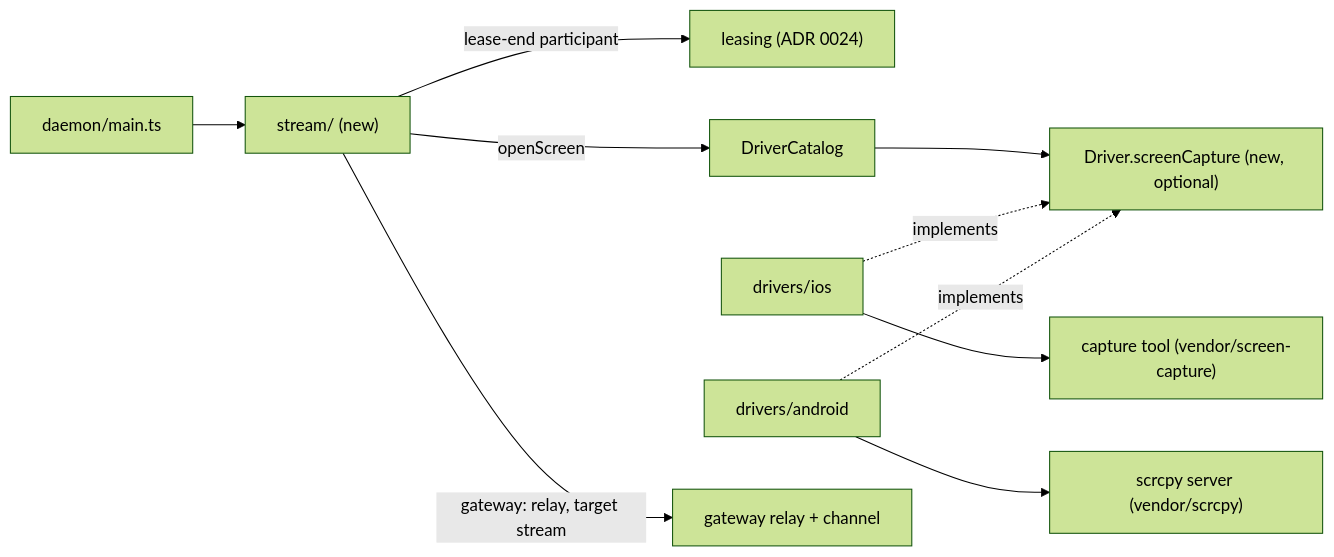
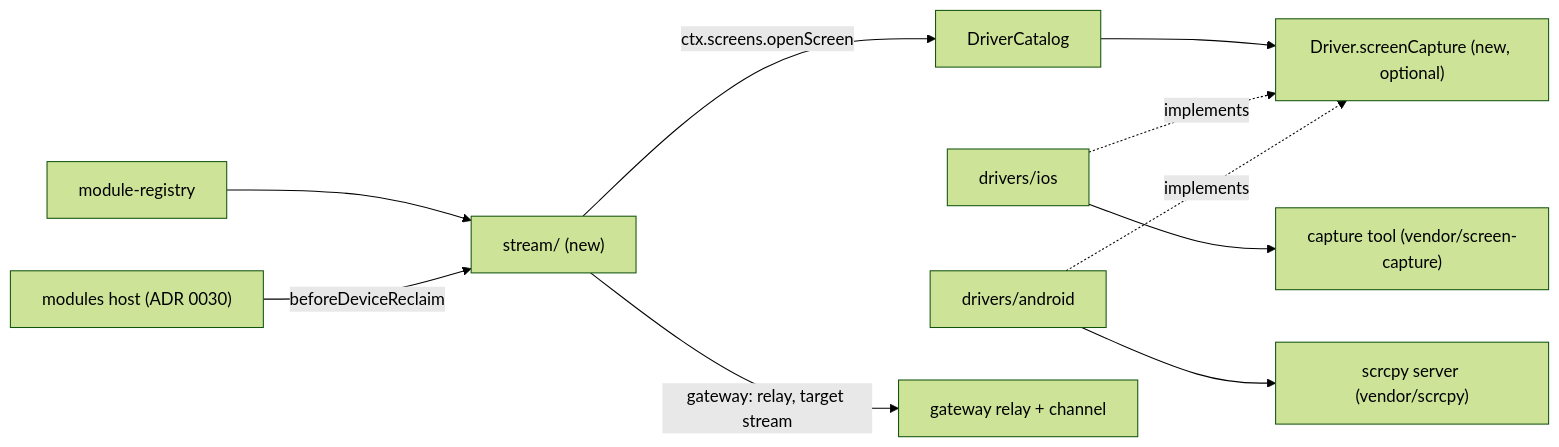
One commit to callstackincubator/simlock changed the first of 3 diagrams in docs/internal/adr/0031-a-screen-stream-is-an-optional-module-and-a-driver-films-the-device.md. Above: the diagram before and after it, drawn with Mermaid (forest theme). The commit also changed other lines of this file, not shown here.

Commit message:
docs(adr): 0031 moves the stream onto ADR 0030's module contract

````diff
--- a/docs/internal/adr/0031-a-screen-stream-is-an-optional-module-and-a-driver-films-the-device.md
+++ b/docs/internal/adr/0031-a-screen-stream-is-an-optional-module-and-a-driver-films-the-device.md
@@ -53,12 +56,12 @@
 ```mermaid
 flowchart LR
-  MAIN["daemon/main.ts"] --> ST["stream/ (new)"]
-  ST -->|"lease-end participant"| L["leasing (ADR 0024)"]
-  ST -->|"openScreen"| CAT["DriverCatalog"]
+  REG["module-registry"] --> ST["stream/ (new)"]
+  HOST["modules host (ADR 0030)"] -->|"beforeDeviceReclaim"| ST
+  ST -->|"ctx.screens.openScreen"| CAT["DriverCatalog"]
   CAT --> DRV["Driver.screenCapture (new, optional)"]
   IOS["drivers/ios"] -.implements.-> DRV
   AND["drivers/android"] -.implements.-> DRV
   IOS --> T["capture tool (vendor/screen-capture)"]
   AND --> J["scrcpy server (vendor/scrcpy)"]
   ST -->|"gateway: relay, target stream"| R["gateway relay + channel"]
 ```
````
